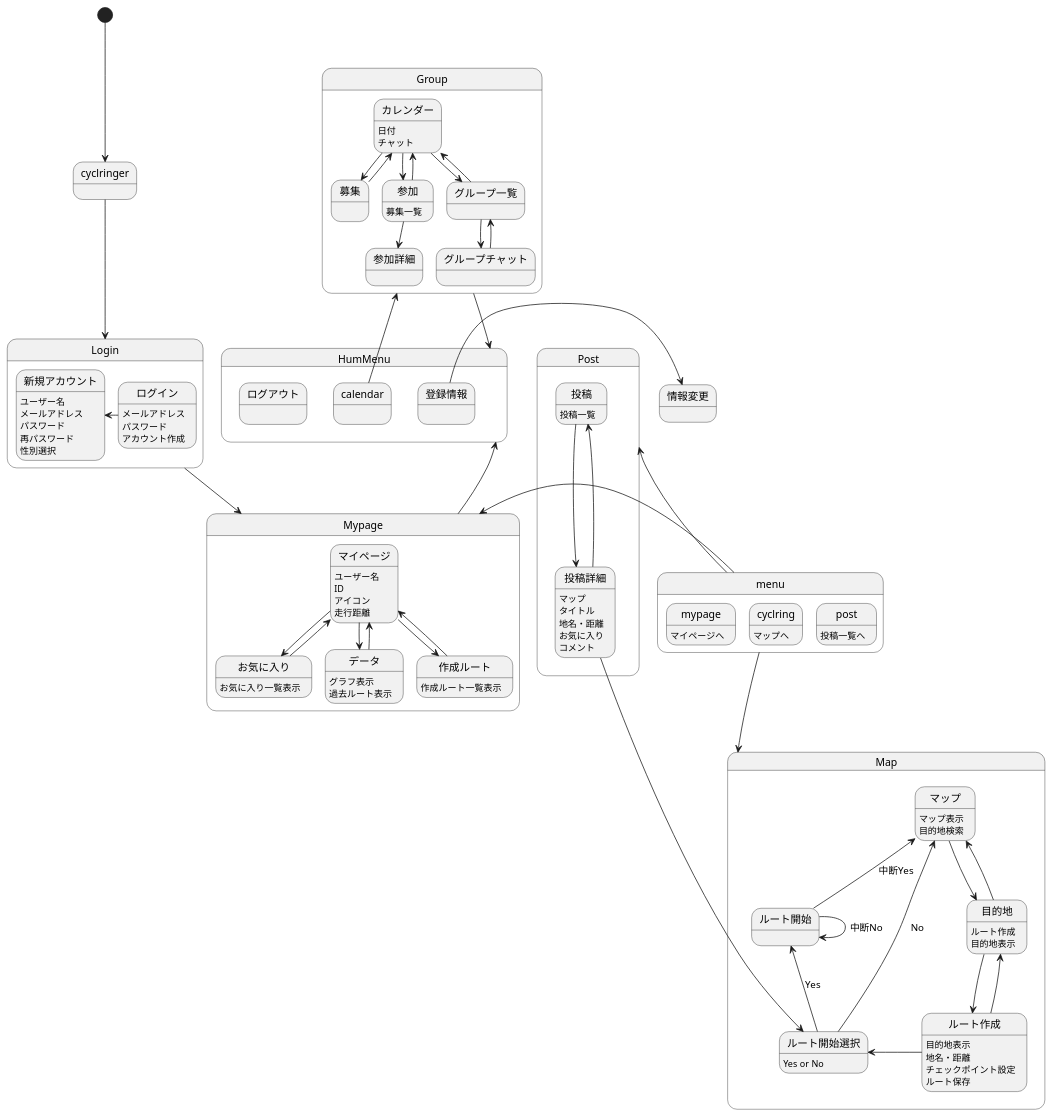
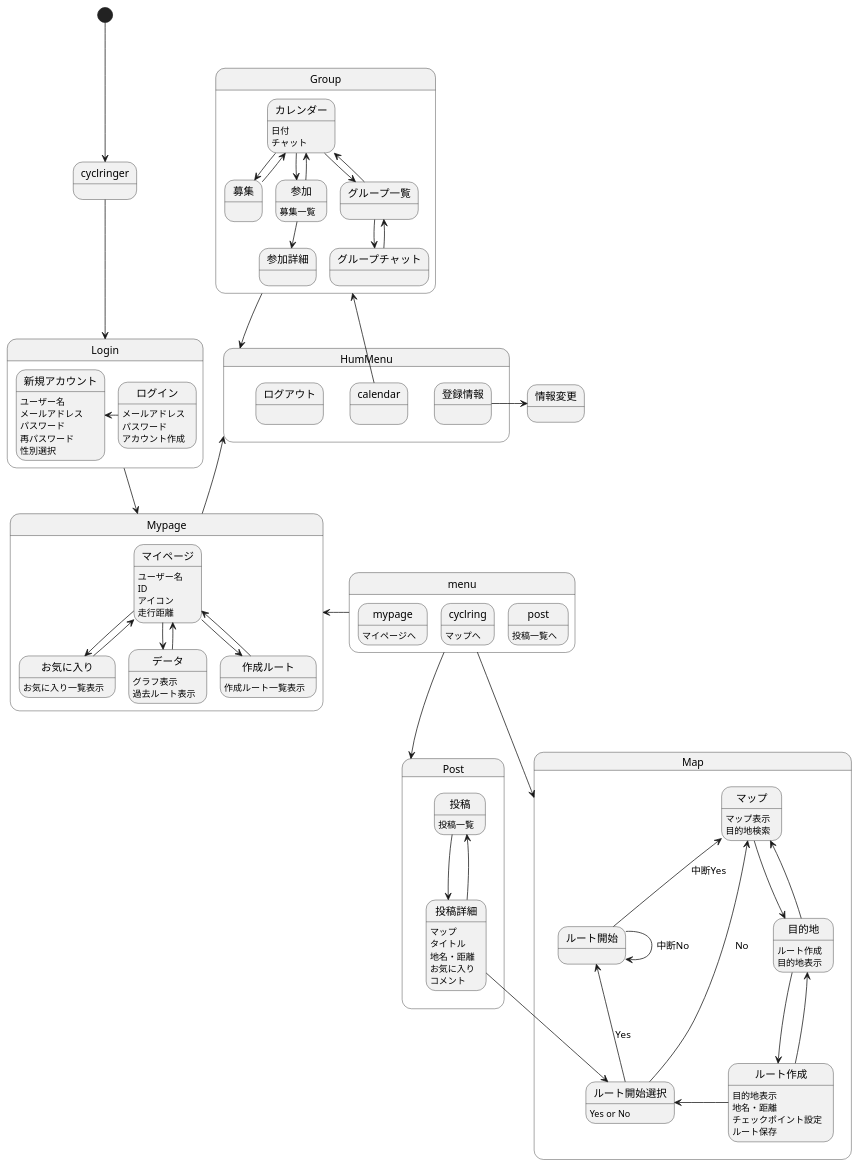
Before and after one commit to AsoSD3A3/CyclingSystem: the diagram in 画面遷移図/gm.md, drawn with PlantUML.

```diff
--- a/画面遷移図/gm.md
+++ b/画面遷移図/gm.md
@@ -38,7 +38,7 @@
 
 menu-left->Mypage
 menu-down->Map
-menu-up->Post
+menu-right->Post
 
 cyclringer-down->Login
 state Login{
```
